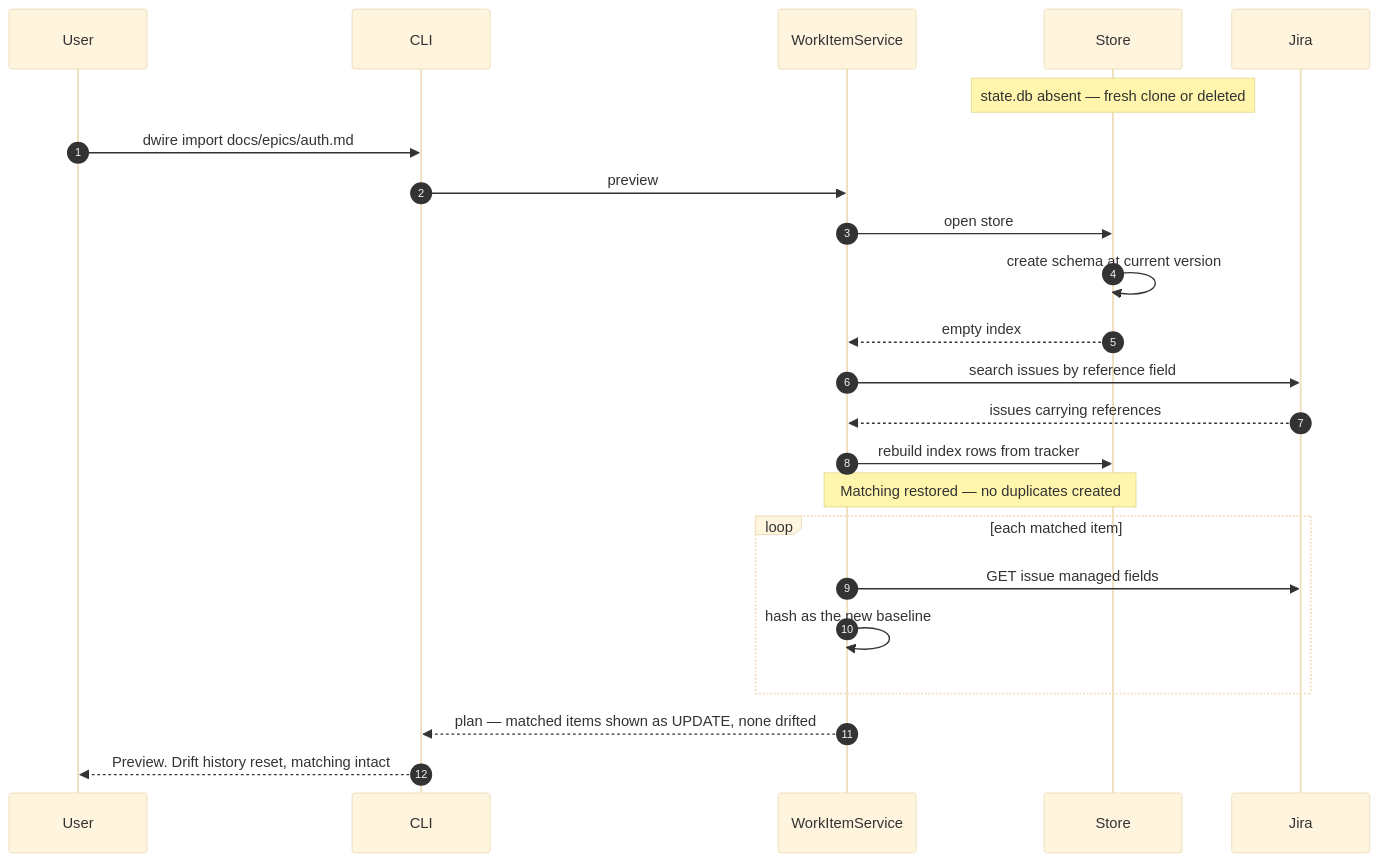
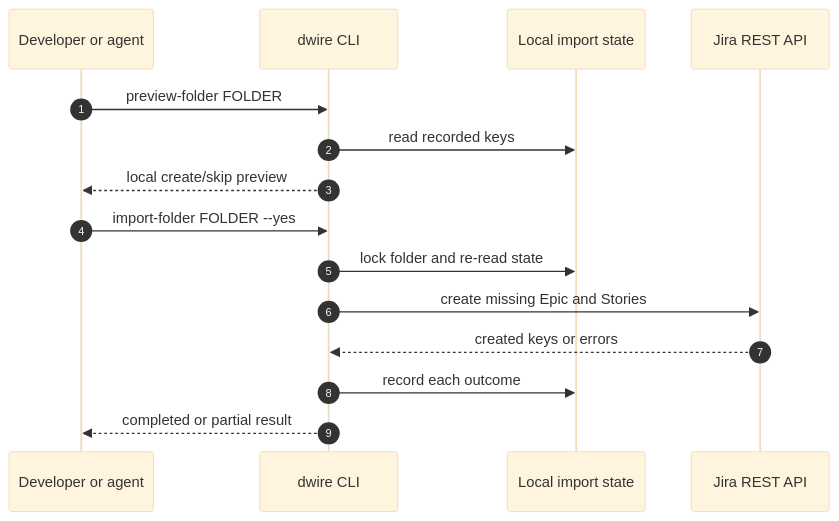
Before and after one commit to alonsovndev/dev-work-wire-docs: the second of 2 diagrams in docs/03-architecture/diagrams/sequence-diagrams.md, drawn with Mermaid (base theme). The commit also changed other lines of this file and 47 other files, not shown here.

Commit message:
docs: adopt CLI-first agent integration

````diff
--- a/docs/03-architecture/diagrams/sequence-diagrams.md
+++ b/docs/03-architecture/diagrams/sequence-diagrams.md
@@ -607,27 +27,17 @@
 ```mermaid
 sequenceDiagram
   autonumber
-  participant User
-  participant CLI
-  participant SVC as WorkItemService
-  participant Store
-  participant Jira
-
-  Note over Store: state.db absent — fresh clone or deleted
-  User->>CLI: dwire import docs/epics/auth.md
-  CLI->>SVC: preview
-  SVC->>Store: open store
-  Store->>Store: create schema at current version
-  Store-->>SVC: empty index
-  SVC->>Jira: search issues by reference field
-  Jira-->>SVC: issues carrying references
-  SVC->>Store: rebuild index rows from tracker
-  Note over SVC,Store: Matching restored — no duplicates created
-
-  loop each matched item
-    SVC->>Jira: GET issue managed fields
-    SVC->>SVC: hash as the new baseline
-  end
-  SVC-->>CLI: plan — matched items shown as UPDATE, none drifted
-  CLI-->>User: Preview. Drift history reset, matching intact
+  participant Caller as Developer or agent
+  participant CLI as dwire CLI
+  participant State as Local import state
+  participant Jira as Jira REST API
+  Caller->>CLI: preview-folder FOLDER
+  CLI->>State: read recorded keys
+  CLI-->>Caller: local create/skip preview
+  Caller->>CLI: import-folder FOLDER --yes
+  CLI->>State: lock folder and re-read state
+  CLI->>Jira: create missing Epic and Stories
+  Jira-->>CLI: created keys or errors
+  CLI->>State: record each outcome
+  CLI-->>Caller: completed or partial result
 ```
````
